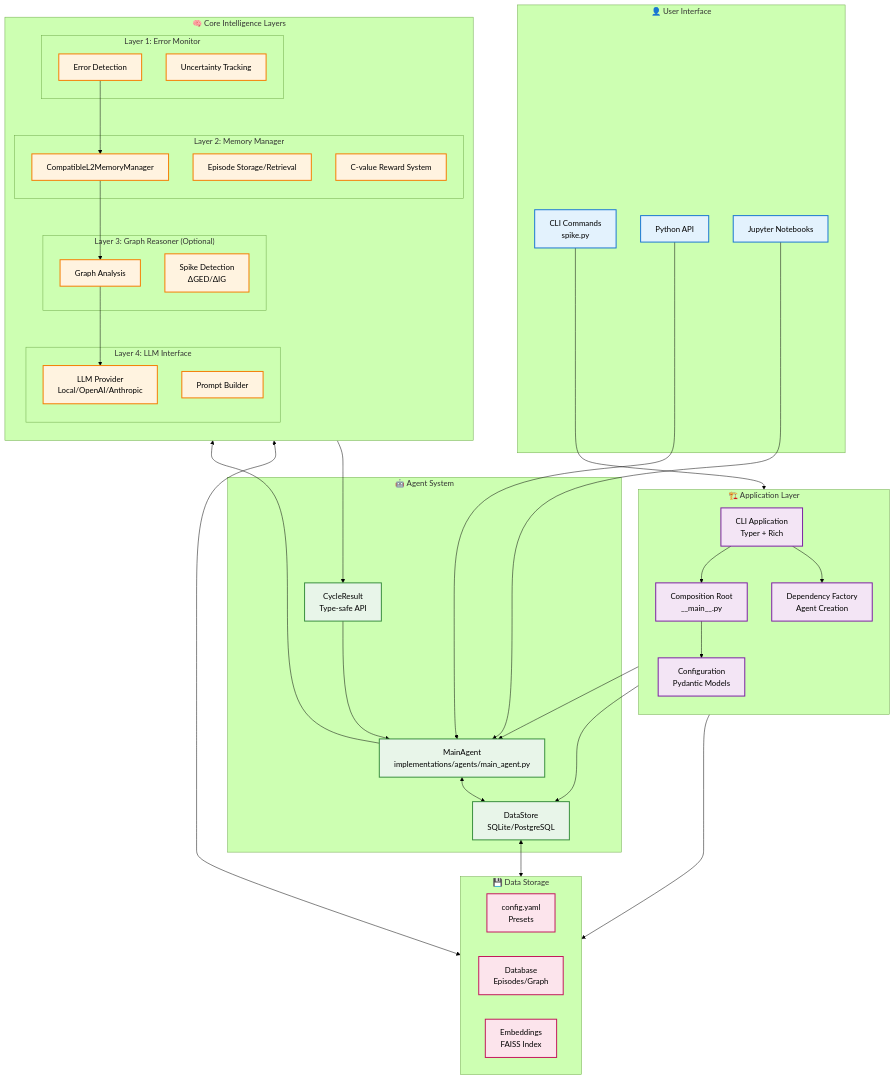
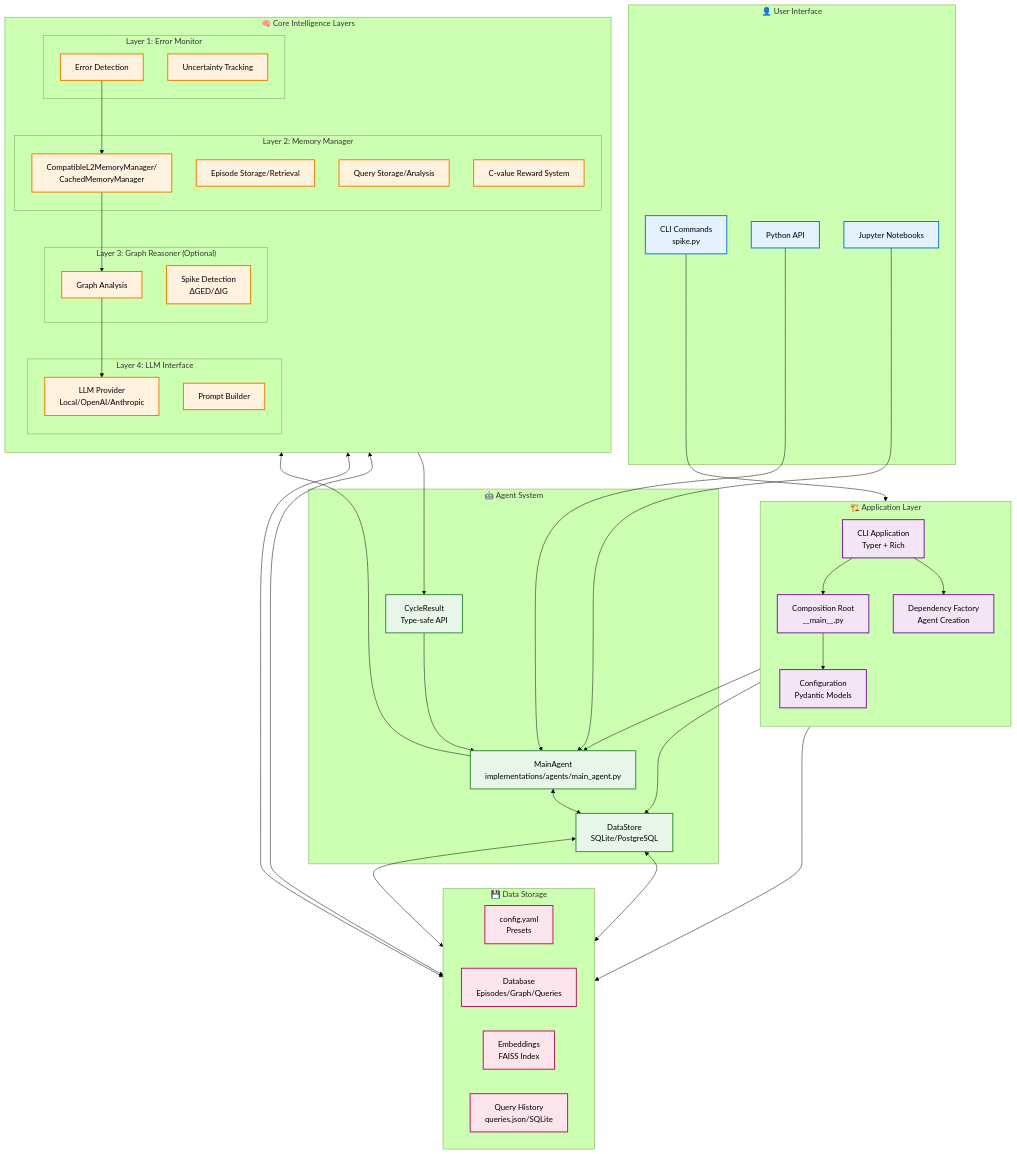
Before and after one commit to miyauchikazuyoshi/InsightSpike-AI: the diagram in docs/diagrams/CURRENT_ARCHITECTURE.mermaid, drawn with Mermaid (forest theme). The commit also changed 311 other files, not shown here.

```diff
--- a/docs/diagrams/CURRENT_ARCHITECTURE.mermaid
+++ b/docs/diagrams/CURRENT_ARCHITECTURE.mermaid
@@ -1,97 +1,101 @@
 %% InsightSpike-AI Current Architecture (2025-01)
 %% Simplified, production-ready implementation
 
 flowchart TB
     %% User Interaction Layer
     subgraph "👤 User Interface"
         CLI[CLI Commands<br/>spike.py]
         API[Python API]
         Notebook[Jupyter Notebooks]
     end
     
     %% Application Layer
     subgraph "🏗️ Application Layer"
         direction TB
         CompositionRoot[Composition Root<br/>__main__.py]
         CLIApp[CLI Application<br/>Typer + Rich]
         Config[Configuration<br/>Pydantic Models]
         DependencyFactory[Dependency Factory<br/>Agent Creation]
     end
     
     %% Core Agent
     subgraph "🤖 Agent System"
         MainAgent[MainAgent<br/>implementations/agents/main_agent.py]
         DataStore[DataStore<br/>SQLite/PostgreSQL]
         CycleResult[CycleResult<br/>Type-safe API]
     end
     
     %% Layer Architecture
     subgraph "🧠 Core Intelligence Layers"
         direction TB
         
         subgraph "Layer 1: Error Monitor"
             L1_Error[Error Detection]
             L1_Uncertainty[Uncertainty Tracking]
         end
         
         subgraph "Layer 2: Memory Manager"
-            L2_Memory[CompatibleL2MemoryManager]
+            L2_Memory[CompatibleL2MemoryManager/<br/>CachedMemoryManager]
             L2_Episodes[Episode Storage/Retrieval]
+            L2_Queries[Query Storage/Analysis]
             L2_Rewards[C-value Reward System]
         end
         
         subgraph "Layer 3: Graph Reasoner (Optional)"
             L3_Graph[Graph Analysis]
             L3_Spike[Spike Detection<br/>ΔGED/ΔIG]
         end
         
         subgraph "Layer 4: LLM Interface"
             L4_LLM[LLM Provider<br/>Local/OpenAI/Anthropic]
             L4_Prompt[Prompt Builder]
         end
     end
     
     %% Data Storage
     subgraph "💾 Data Storage"
         direction LR
         ConfigFiles[config.yaml<br/>Presets]
-        Database[Database<br/>Episodes/Graph]
+        Database[Database<br/>Episodes/Graph/Queries]
         Embeddings[Embeddings<br/>FAISS Index]
+        QueryStore[Query History<br/>queries.json/SQLite]
     end
     
     %% Flow
     CLI --> CLIApp
     API --> MainAgent
     Notebook --> MainAgent
     
     CLIApp --> CompositionRoot
     CompositionRoot --> Config
     CompositionRoot --> DataStore
     
     CLIApp --> DependencyFactory
     DependencyFactory --> MainAgent
     
     MainAgent --> L1_Error
     L1_Error --> L2_Memory
     L2_Memory --> L3_Graph
     L3_Graph --> L4_LLM
     L4_LLM --> CycleResult
     CycleResult --> MainAgent
     
     MainAgent <--> DataStore
     DataStore <--> Database
+    DataStore <--> QueryStore
     L2_Memory <--> Embeddings
+    L2_Memory <--> QueryStore
     Config --> ConfigFiles
     
     %% Styling
     classDef interface fill:#e3f2fd,stroke:#1976d2,stroke-width:2px
     classDef app fill:#f3e5f5,stroke:#7b1fa2,stroke-width:2px
     classDef agent fill:#e8f5e9,stroke:#388e3c,stroke-width:2px
     classDef layer fill:#fff3e0,stroke:#f57c00,stroke-width:2px
     classDef storage fill:#fce4ec,stroke:#c2185b,stroke-width:2px
     
     class CLI,API,Notebook interface
     class CompositionRoot,CLIApp,Config,DependencyFactory app
     class MainAgent,DataStore,CycleResult agent
-    class L1_Error,L1_Uncertainty,L2_Memory,L2_Episodes,L2_Rewards,L3_Graph,L3_Spike,L4_LLM,L4_Prompt layer
-    class ConfigFiles,Database,Embeddings storage
+    class L1_Error,L1_Uncertainty,L2_Memory,L2_Episodes,L2_Queries,L2_Rewards,L3_Graph,L3_Spike,L4_LLM,L4_Prompt layer
+    class ConfigFiles,Database,Embeddings,QueryStore storage
```
